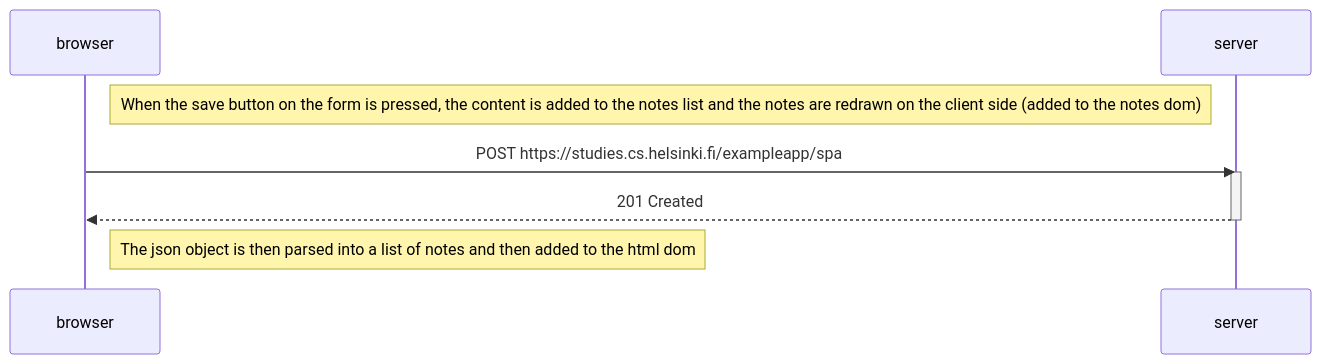
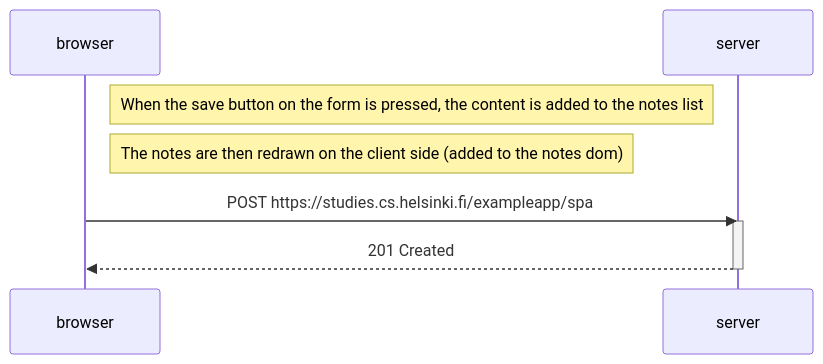
Before and after one commit to DannyNev-dev/fullstackopen: the diagram in part0/Exercise 0.6.md, drawn with Mermaid.

Commit message:
mermaid note fix

````diff
--- a/part0/Exercise 0.6.md
+++ b/part0/Exercise 0.6.md
@@ -1,15 +1,14 @@
 ```mermaid
 sequenceDiagram
     participant browser
     participant server
 
-    Note right of browser: When the save button on the form is pressed, the content is added to the notes list and the notes are redrawn on the client side (added to the notes dom)
-
+    Note right of browser: When the save button on the form is pressed, the content is added to the notes list 
+    Note right of browser: The notes are then redrawn on the client side (added to the notes dom)
+    
     browser->>server: POST https://studies.cs.helsinki.fi/exampleapp/spa
     activate server
     server-->>browser: 201 Created
-    deactivate server
-
-    Note right of browser: The json object is then parsed into a list of notes and then added to the html dom 
+    deactivate server   
     
 ```
````
